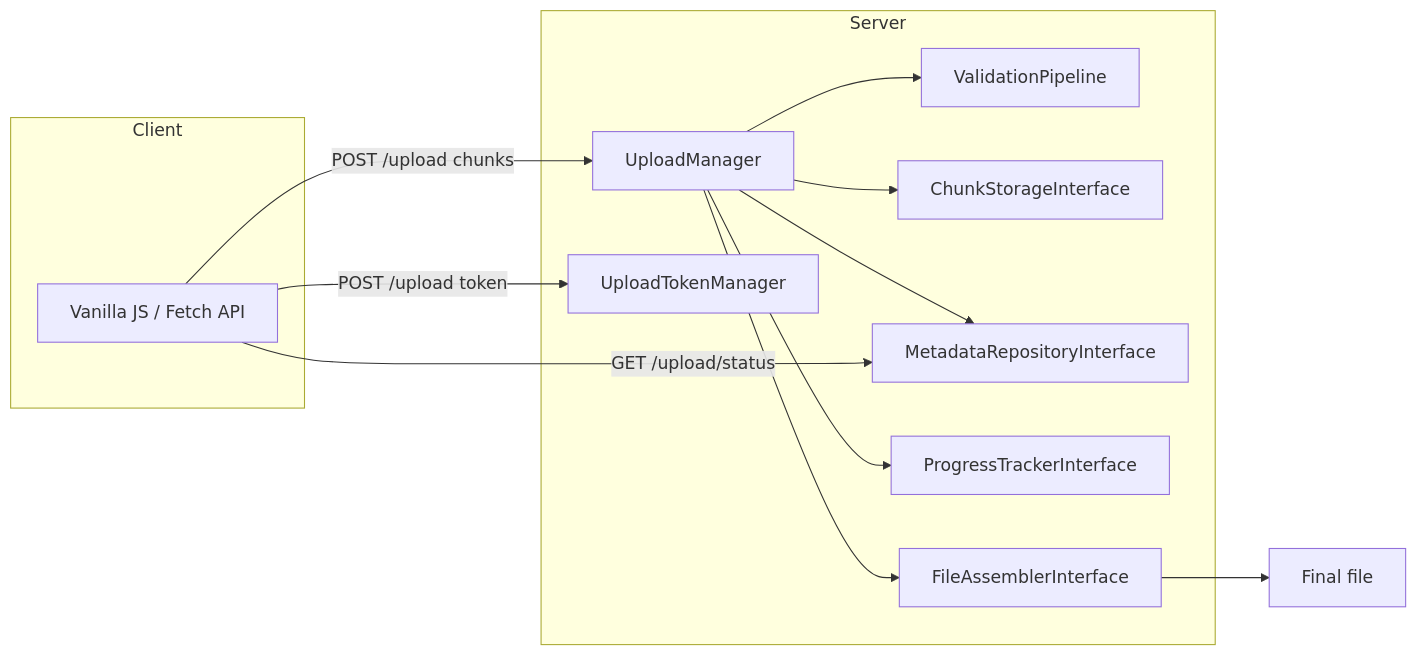
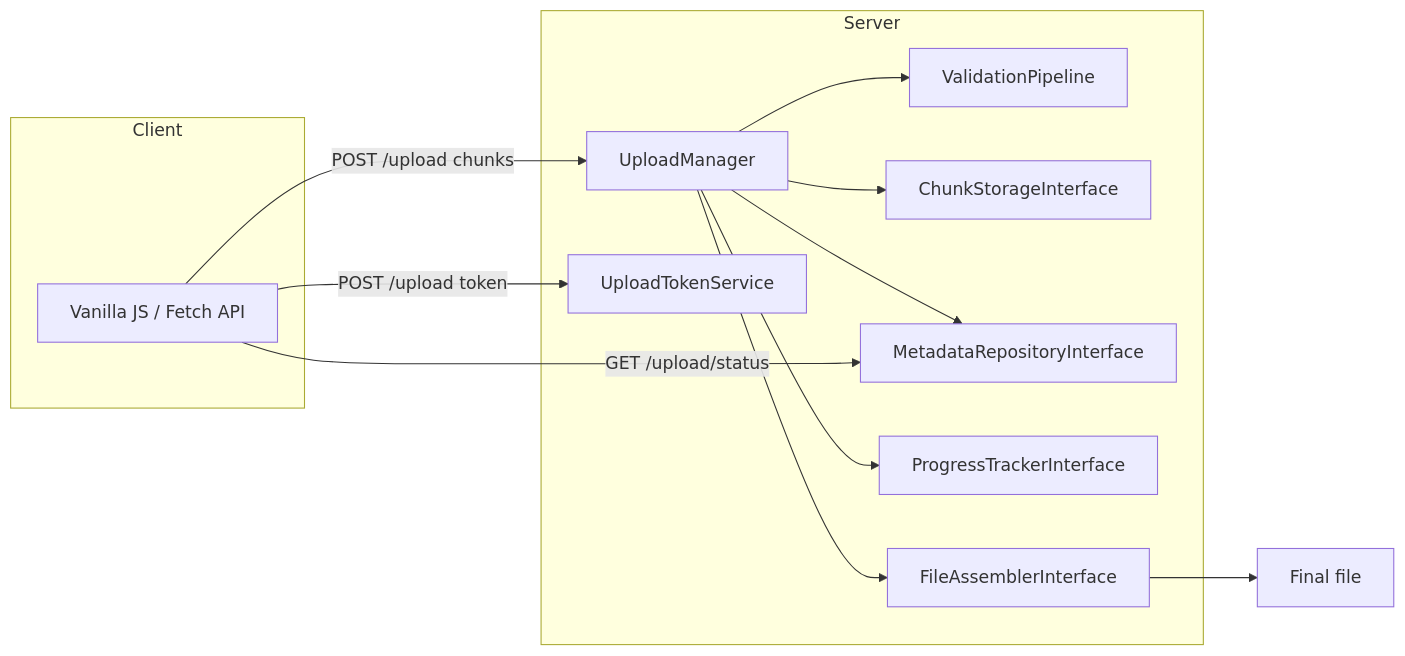
One commit to unknownman/chunked-uploader changed the first of 2 diagrams in README.md. Above: the diagram before and after it, drawn with Mermaid. The commit also changed other lines of this file and 61 other files, not shown here.

````diff
--- a/README.md
+++ b/README.md
@@ -53,26 +53,26 @@
 ```mermaid
 flowchart LR
     subgraph Client
         JS[Vanilla JS / Fetch API]
     end
 
     subgraph Server
         M[UploadManager]
         V[ValidationPipeline]
         S[ChunkStorageInterface]
         MD[MetadataRepositoryInterface]
         PT[ProgressTrackerInterface]
         A[FileAssemblerInterface]
-        TS[UploadTokenManager]
+        TS[UploadTokenService]
     end
 
     JS -->|POST /upload token| TS
     JS -->|POST /upload chunks| M
     M --> V
     M --> S
     M --> MD
     M --> PT
     M --> A
     A --> F[Final file]
     JS -->|GET /upload/status| MD
 ```
````
